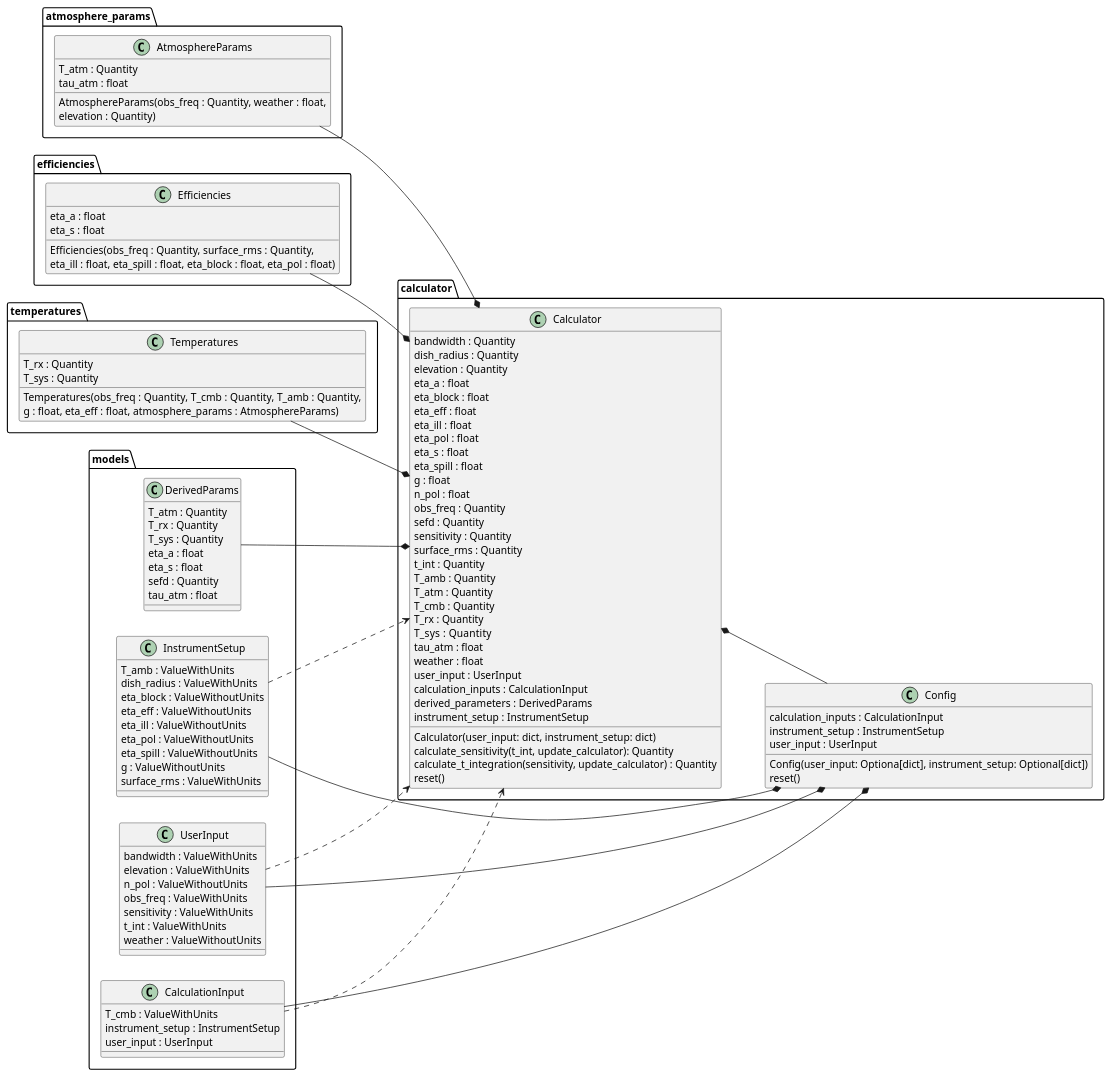
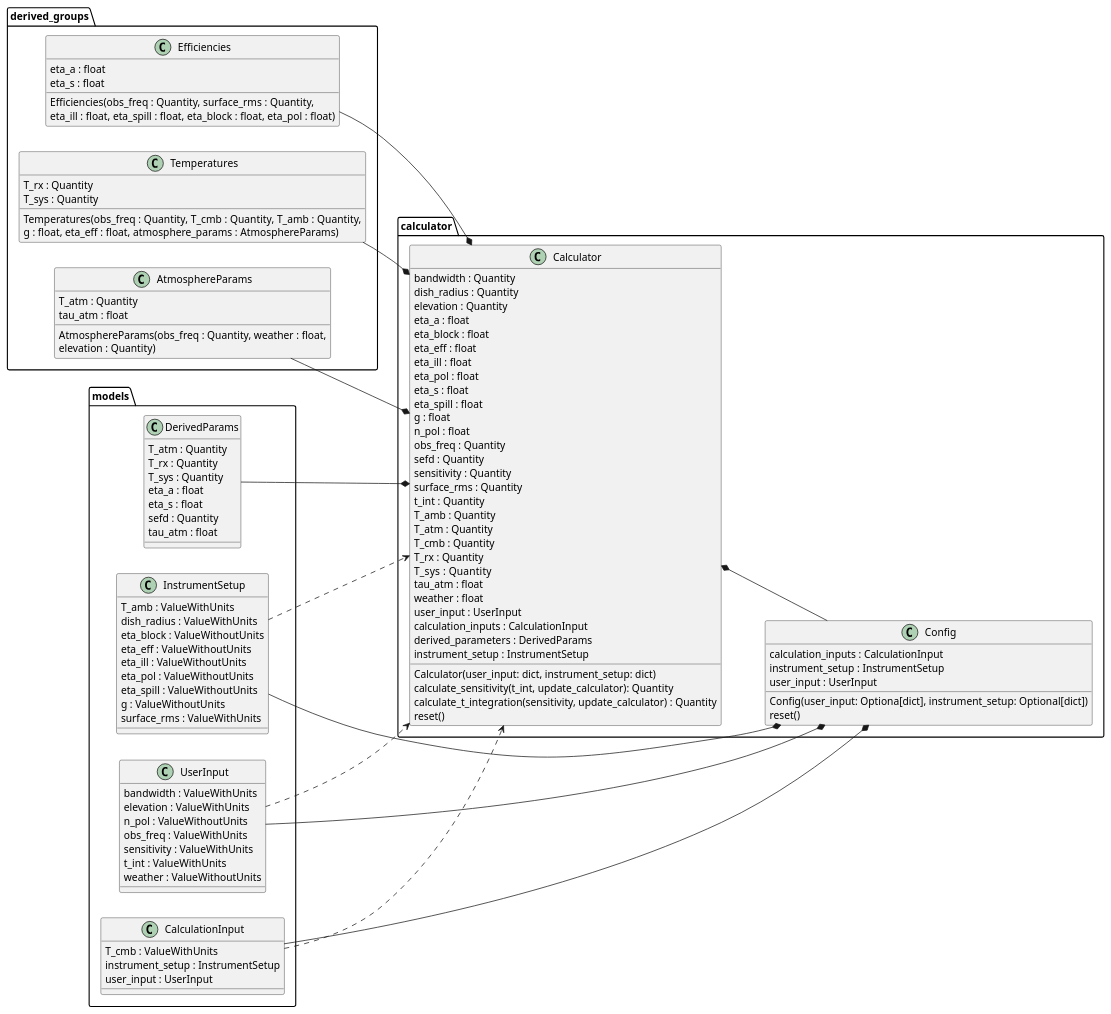
The diagram in docs/source/code_docs/calculator_uml.rst (ukatc/AtLAST_sensitivity_calculator), drawn with PlantUML before and after one commit. The commit also changed 10 other files, not shown here.

```diff
--- a/docs/source/code_docs/calculator_uml.rst
+++ b/docs/source/code_docs/calculator_uml.rst
@@ -8,7 +8,7 @@
     left to right direction
 
 
-    class "AtmosphereParams" as atmosphere_params.AtmosphereParams {
+    class "AtmosphereParams" as derived_groups.AtmosphereParams {
       T_atm : Quantity
       tau_atm : float
       AtmosphereParams(obs_freq : Quantity, weather : float,
@@ -69,7 +69,7 @@
       sefd : Quantity
       tau_atm : float
     }
-    class "Efficiencies" as efficiencies.Efficiencies {
+    class "Efficiencies" as derived_groups.Efficiencies {
       eta_a : float
       eta_s : float
       Efficiencies(obs_freq : Quantity, surface_rms : Quantity,
@@ -86,7 +86,7 @@
       g : ValueWithoutUnits
       surface_rms : ValueWithUnits
     }
-    class "Temperatures" as temperatures.Temperatures {
+    class "Temperatures" as derived_groups.Temperatures {
       T_rx : Quantity
       T_sys : Quantity
       Temperatures(obs_freq : Quantity, T_cmb : Quantity, T_amb : Quantity,
@@ -101,9 +101,9 @@
       t_int : ValueWithUnits
       weather : ValueWithoutUnits
     }
-    efficiencies.Efficiencies --* calculator.Calculator
-    temperatures.Temperatures --* calculator.Calculator
-    atmosphere_params.AtmosphereParams --* calculator.Calculator
+    derived_groups.Efficiencies --* calculator.Calculator
+    derived_groups.Temperatures --* calculator.Calculator
+    derived_groups.AtmosphereParams --* calculator.Calculator
     models.CalculationInput --* calculator.Config
     models.InstrumentSetup --* calculator.Config
     models.UserInput --* calculator.Config
```
